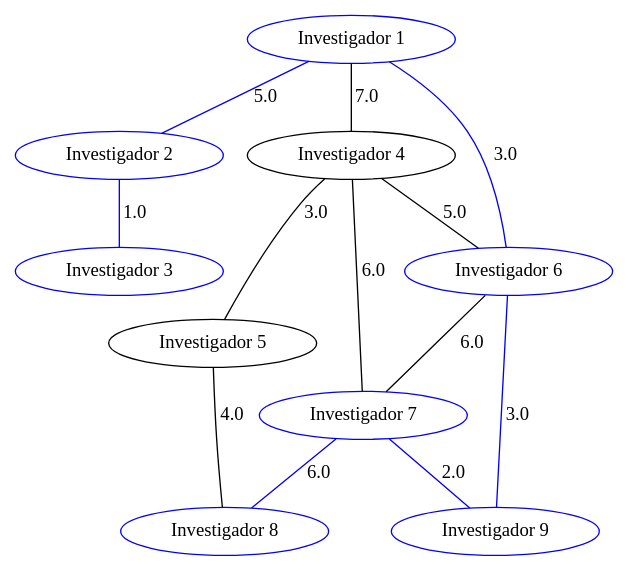
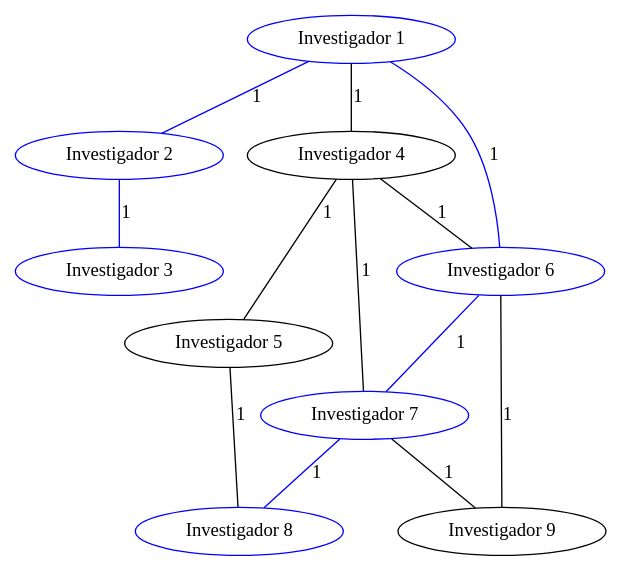
The diagram in PI4_vicsanesp/grafos/grafo1D.dot (vicsanesp/PI4_vicsanesp), drawn with Graphviz before and after one commit. The commit also changed 21 other files, not shown here.

```diff
--- a/PI4_vicsanesp/grafos/grafo1D.dot
+++ b/PI4_vicsanesp/grafos/grafo1D.dot
@@ -1,23 +1,23 @@
 strict graph G {
   1 [ color="blue" label="Investigador 1" ];
   2 [ color="blue" label="Investigador 2" ];
   3 [ color="blue" label="Investigador 3" ];
   4 [ color="black" label="Investigador 4" ];
   5 [ color="black" label="Investigador 5" ];
   6 [ color="blue" label="Investigador 6" ];
   7 [ color="blue" label="Investigador 7" ];
   8 [ color="blue" label="Investigador 8" ];
-  9 [ color="blue" label="Investigador 9" ];
-  1 -- 6 [ color="blue" label="3.0" ];
-  1 -- 2 [ color="blue" label="5.0" ];
-  1 -- 4 [ label="7.0" ];
-  4 -- 7 [ label="6.0" ];
-  4 -- 5 [ label="3.0" ];
-  4 -- 6 [ label="5.0" ];
-  5 -- 8 [ label="4.0" ];
-  6 -- 9 [ color="blue" label="3.0" ];
-  6 -- 7 [ label="6.0" ];
-  7 -- 8 [ color="blue" label="6.0" ];
-  7 -- 9 [ color="blue" label="2.0" ];
-  2 -- 3 [ color="blue" label="1.0" ];
+  9 [ color="black" label="Investigador 9" ];
+  1 -- 6 [ color="blue" label="1" ];
+  1 -- 2 [ color="blue" label="1" ];
+  1 -- 4 [ label="1" ];
+  4 -- 7 [ label="1" ];
+  4 -- 5 [ label="1" ];
+  4 -- 6 [ label="1" ];
+  5 -- 8 [ label="1" ];
+  6 -- 9 [ label="1" ];
+  6 -- 7 [ color="blue" label="1" ];
+  7 -- 8 [ color="blue" label="1" ];
+  7 -- 9 [ label="1" ];
+  2 -- 3 [ color="blue" label="1" ];
 }
```
